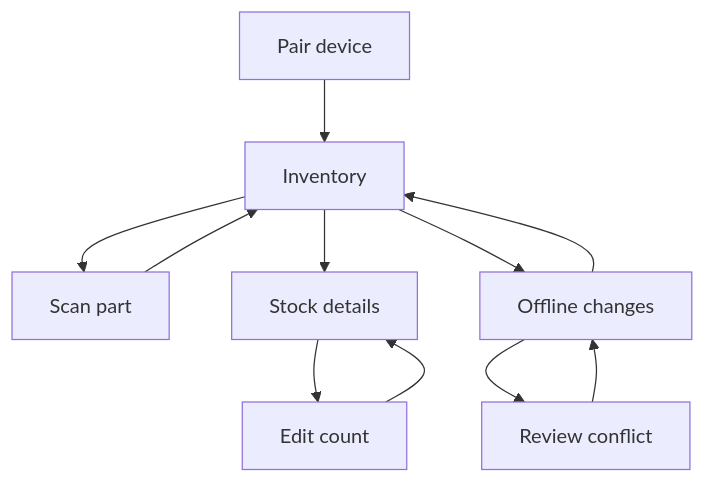
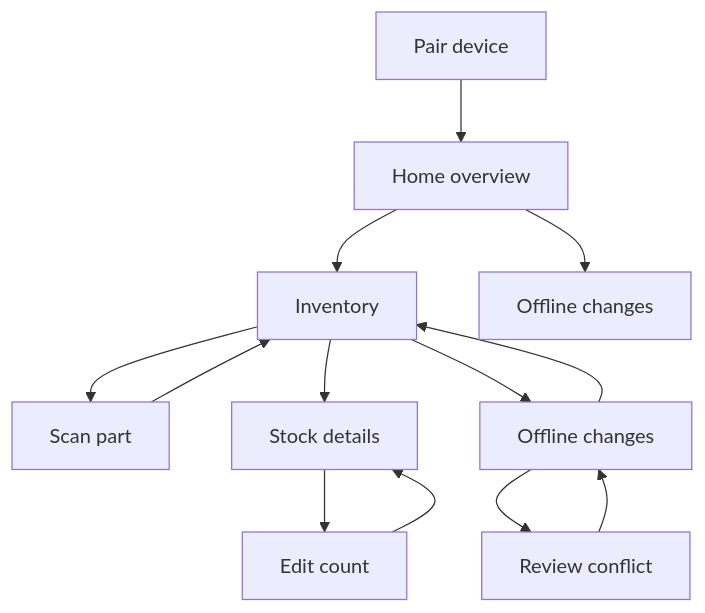
One commit to atonui/spares_inventory_mobile changed the diagram in docs/design/mobile-screen-wireframes-and-storyboard.md. Above: the diagram before and after it, drawn with Mermaid. The commit also changed other lines of this file, not shown here.

````diff
--- a/docs/design/mobile-screen-wireframes-and-storyboard.md
+++ b/docs/design/mobile-screen-wireframes-and-storyboard.md
@@ -26,13 +26,15 @@
 ```mermaid
 flowchart TD
-  Pair["Pair device"] --> Inventory["Inventory"]
+  Pair["Pair device"] --> Home["Home overview"]
+  Home --> Inventory["Inventory"]
+  Home --> Changes["Offline changes"]
   Inventory --> Scanner["Scan part"]
   Scanner --> Inventory
   Inventory --> Details["Stock details"]
   Details --> Count["Edit count"]
   Count --> Details
   Inventory --> Offline["Offline changes"]
   Offline --> Review["Review conflict"]
   Review --> Offline
   Offline --> Inventory
 ```
````
